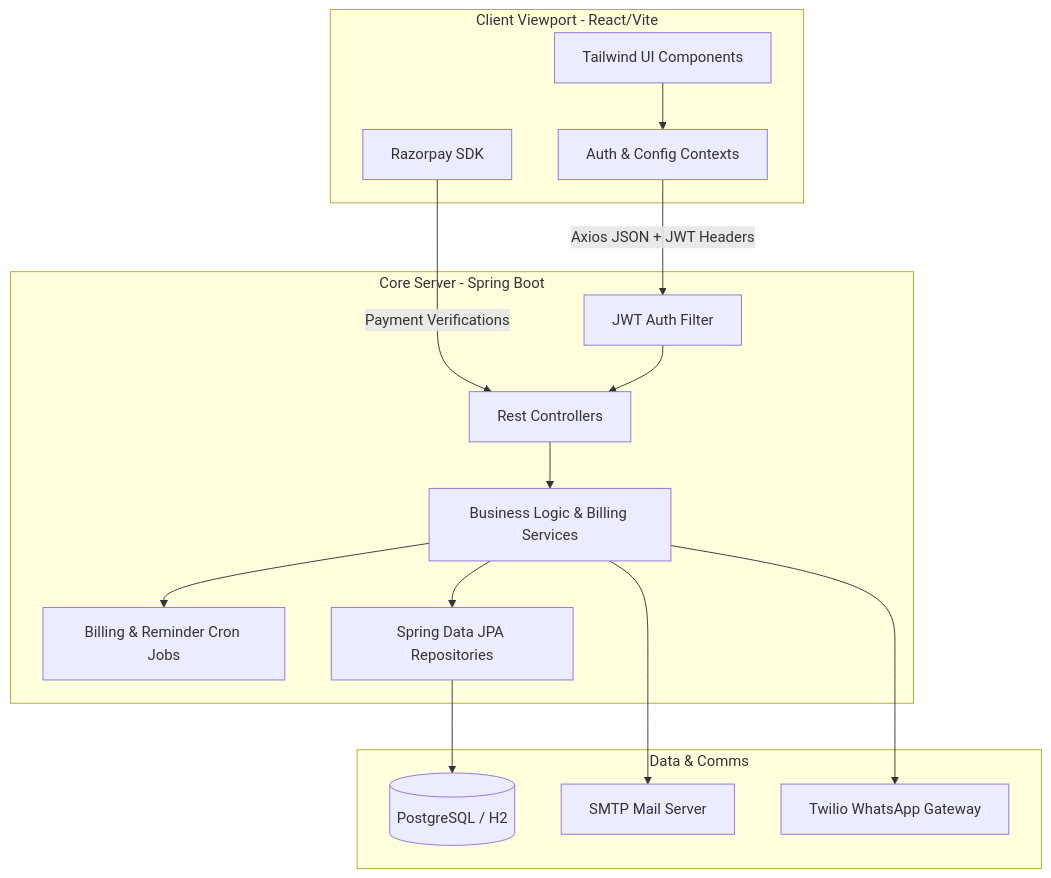
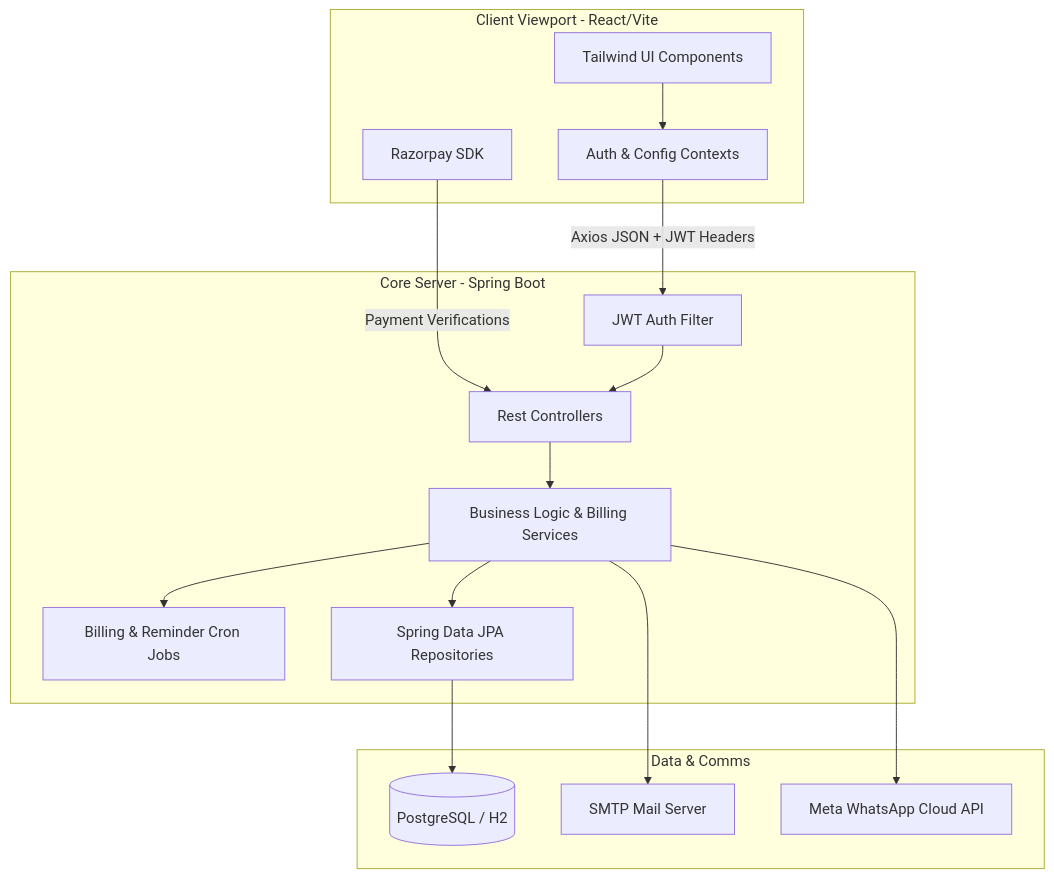
The diagram in README.md (rahul-0906/PG-Project), drawn with Mermaid before and after one commit. The commit also changed other lines of this file and 26 other files, not shown here.

````diff
--- a/README.md
+++ b/README.md
@@ -57,33 +57,33 @@
 ```mermaid
 graph TD
     subgraph Frontend [Client Viewport - React/Vite]
         UI[Tailwind UI Components]
         Contexts[Auth & Config Contexts]
         SDKs[Razorpay SDK]
     end
 
     subgraph Backend [Core Server - Spring Boot]
         Filter[JWT Auth Filter]
         Controllers[Rest Controllers]
         Services[Business Logic & Billing Services]
         Schedulers[Billing & Reminder Cron Jobs]
         Repo[Spring Data JPA Repositories]
     end
 
     subgraph Infrastructure [Data & Comms]
         DB[(PostgreSQL / H2)]
         Mail[SMTP Mail Server]
-        Twilio[Twilio WhatsApp Gateway]
+        MetaWhatsApp[Meta WhatsApp Cloud API]
     end
 
     UI --> Contexts
     Contexts -->|Axios JSON + JWT Headers| Filter
     SDKs -->|Payment Verifications| Controllers
     Filter --> Controllers
     Controllers --> Services
     Services --> Schedulers
     Services --> Repo
     Repo --> DB
     Services --> Mail
-    Services --> Twilio
+    Services --> MetaWhatsApp
 ```
````
